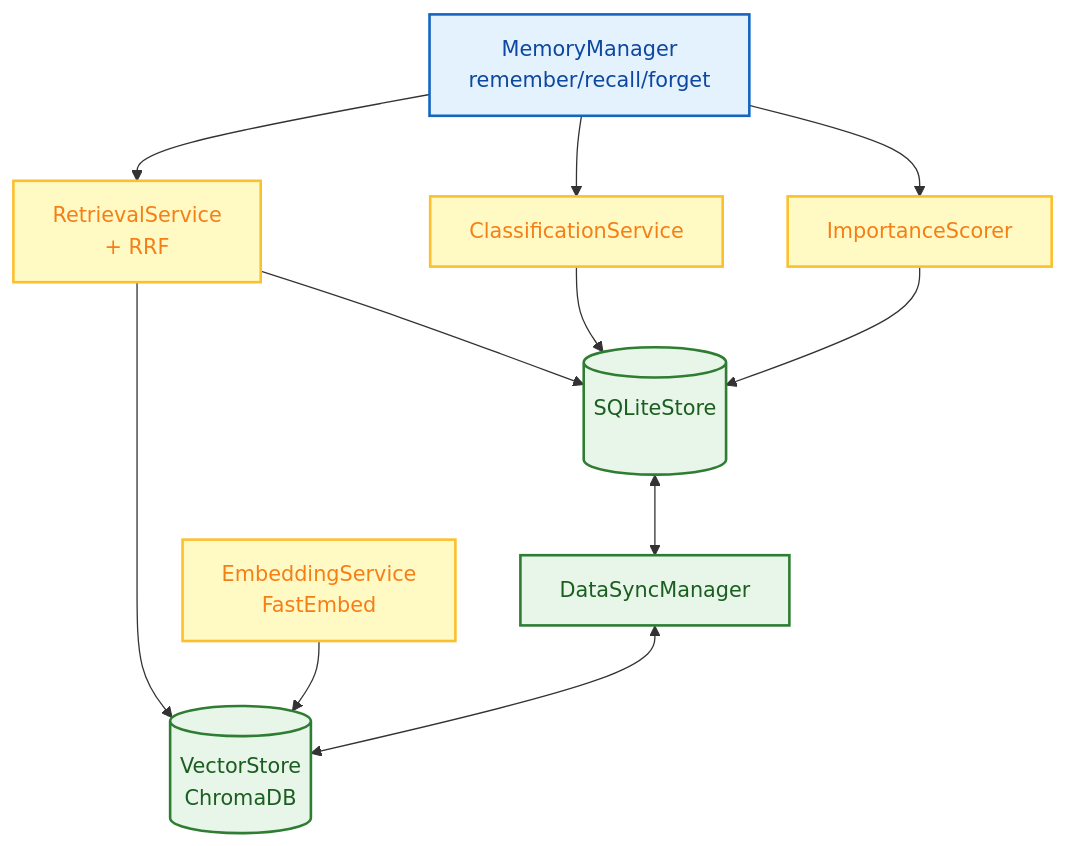
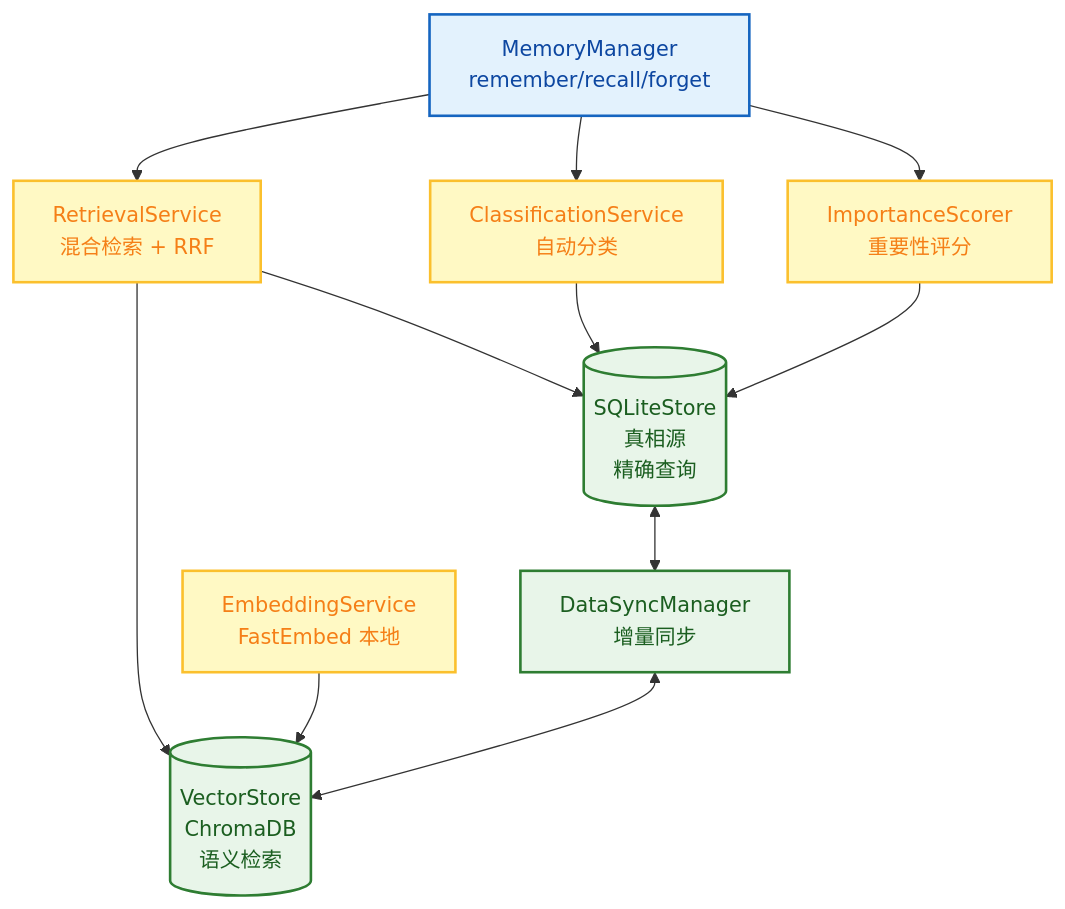
One commit to xt765/FinchBot changed the fourth of 10 diagrams in docs/zh-CN/architecture.md. Above: the diagram before and after it, drawn with Mermaid. The commit also changed other lines of this file and 10 other files, not shown here.

````diff
--- a/docs/zh-CN/architecture.md
+++ b/docs/zh-CN/architecture.md
@@ -318,25 +318,25 @@
 ```mermaid
 flowchart TB
     classDef businessLayer fill:#e3f2fd,stroke:#1565c0,stroke-width:2px,color:#0d47a1;
     classDef serviceLayer fill:#fff9c4,stroke:#fbc02d,stroke-width:2px,color:#f57f17;
     classDef storageLayer fill:#e8f5e9,stroke:#2e7d32,stroke-width:2px,color:#1b5e20;
 
     MM[MemoryManager<br/>remember/recall/forget]:::businessLayer
 
-    RS[RetrievalService<br/> + RRF]:::serviceLayer
-    CS[ClassificationService<br/>]:::serviceLayer
-    IS[ImportanceScorer<br/>]:::serviceLayer
-    ES[EmbeddingService<br/>FastEmbed ]:::serviceLayer
+    RS[RetrievalService<br/>混合检索 + RRF]:::serviceLayer
+    CS[ClassificationService<br/>自动分类]:::serviceLayer
+    IS[ImportanceScorer<br/>重要性评分]:::serviceLayer
+    ES[EmbeddingService<br/>FastEmbed 本地]:::serviceLayer
 
-    SQLite[(SQLiteStore<br/><br/>)]:::storageLayer
-    Vector[(VectorStore<br/>ChromaDB<br/>)]:::storageLayer
-    DS[DataSyncManager<br/>]:::storageLayer
+    SQLite[(SQLiteStore<br/>真相源<br/>精确查询)]:::storageLayer
+    Vector[(VectorStore<br/>ChromaDB<br/>语义检索)]:::storageLayer
+    DS[DataSyncManager<br/>增量同步]:::storageLayer
 
     MM --> RS & CS & IS
     RS --> SQLite & Vector
     CS --> SQLite
     IS --> SQLite
     ES --> Vector
     
     SQLite <--> DS <--> Vector
 ```
````
